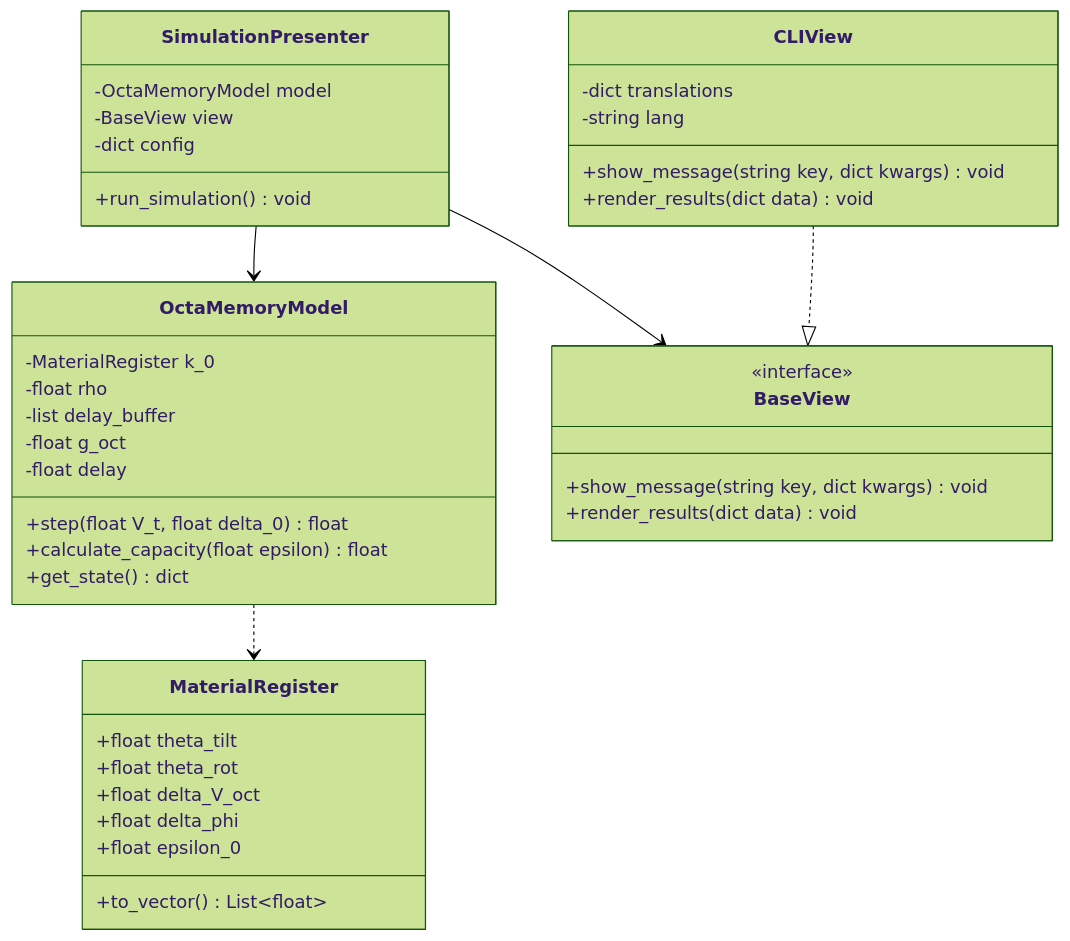
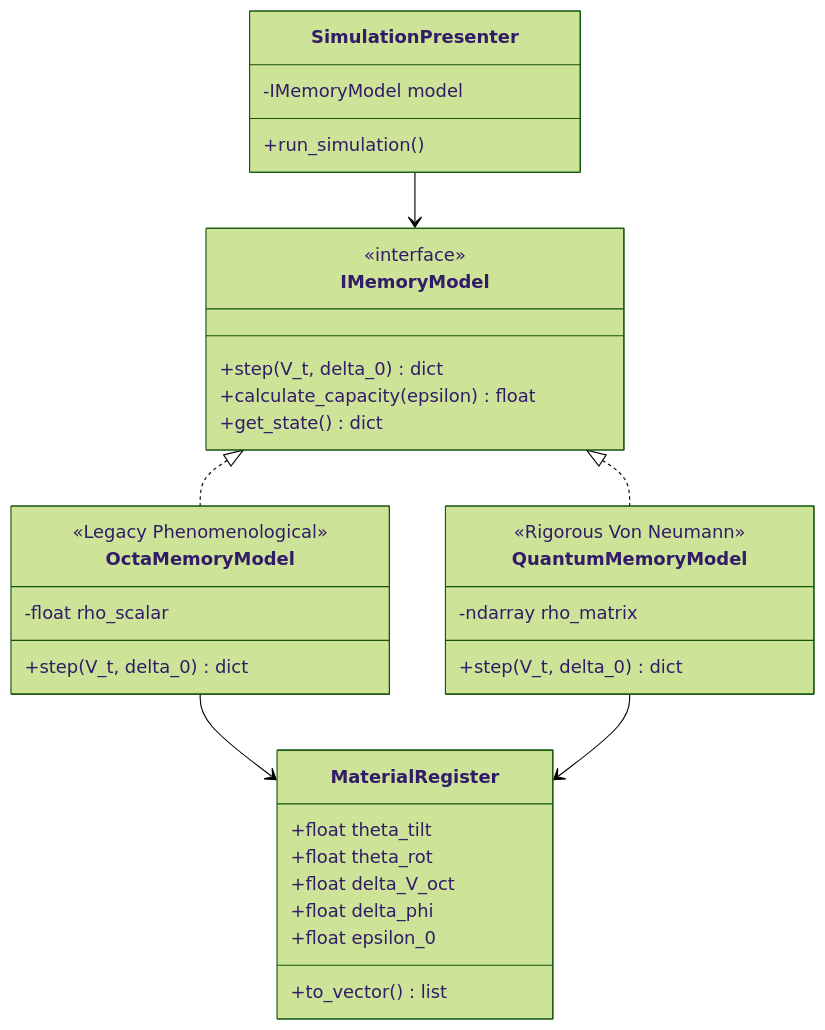
The first of 3 diagrams in README.md (QC-UPM/OgTRQC), drawn with Mermaid (forest theme) before and after one commit. The commit also changed other lines of this file and 68 other files, not shown here.

Commit message:
Phenomenological + quantum integrative approaches

````diff
--- a/README.md
+++ b/README.md
@@ -49,47 +76,43 @@
 ```mermaid
 classDiagram
     class MaterialRegister {
         +float theta_tilt
         +float theta_rot
         +float delta_V_oct
         +float delta_phi
         +float epsilon_0
-        +to_vector() List~float~
+        +to_vector() list
+    }
+
+    class IMemoryModel {
+        <<interface>>
+        +step(V_t, delta_0) dict
+        +calculate_capacity(epsilon) float
+        +get_state() dict
     }
 
     class OctaMemoryModel {
-        -MaterialRegister k_0
-        -float rho
-        -list delay_buffer
-        -float g_oct
-        -float delay
-        +step(float V_t, float delta_0) float
-        +calculate_capacity(float epsilon) float
-        +get_state() dict
+        <<Legacy Phenomenological>>
+        -float rho_scalar
+        +step(V_t, delta_0) dict
     }
 
-    class BaseView {
-        <<interface>>
-        +show_message(string key, dict kwargs) void
-        +render_results(dict data) void
+    class QuantumMemoryModel {
+        <<Rigorous Von Neumann>>
+        -ndarray rho_matrix
+        +step(V_t, delta_0) dict
     }
 
-    class CLIView {
-        -dict translations
-        -string lang
-        +show_message(string key, dict kwargs) void
-        +render_results(dict data) void
-    }
+    IMemoryModel <|.. OctaMemoryModel
+    IMemoryModel <|.. QuantumMemoryModel
+    
+    OctaMemoryModel --> MaterialRegister
+    QuantumMemoryModel --> MaterialRegister
 
     class SimulationPresenter {
-        -OctaMemoryModel model
-        -BaseView view
-        -dict config
-        +run_simulation() void
+        -IMemoryModel model
+        +run_simulation()
     }
-
-    SimulationPresenter --> OctaMemoryModel
-    SimulationPresenter --> BaseView
-    OctaMemoryModel ..> MaterialRegister
-    CLIView ..|> BaseView
+    
+    SimulationPresenter --> IMemoryModel
 ```
````
